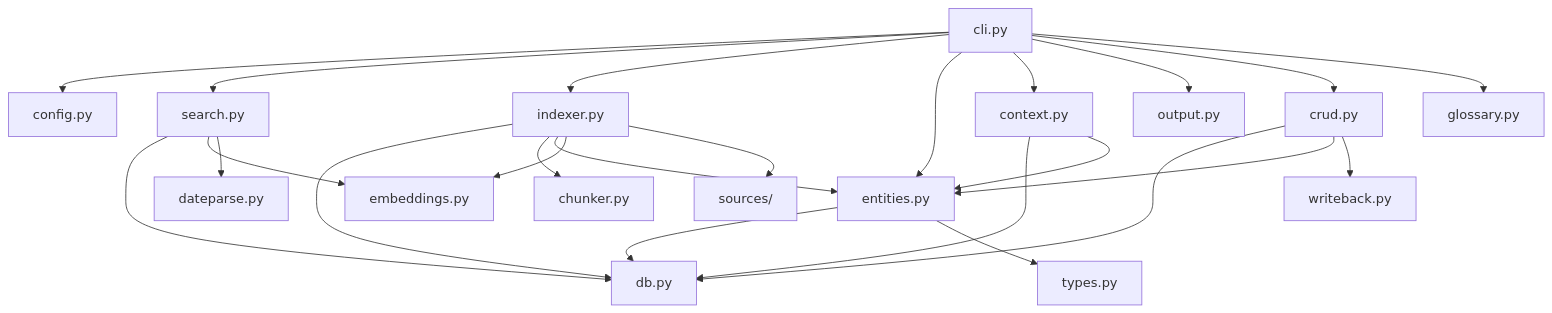
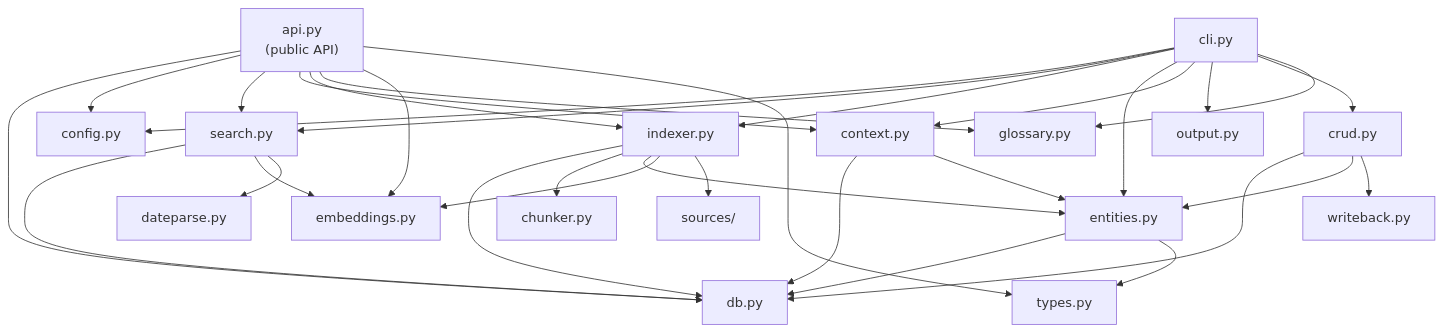
Before and after one commit to tenfourty/kbx: the third of 3 diagrams in docs/architecture.md, drawn with Mermaid. The commit also changed other lines of this file and 1 other file, not shown here.

First line of the commit message:
docs: add Python API to architecture and testing docs (#5)

````diff
--- a/docs/architecture.md
+++ b/docs/architecture.md
@@ -213,48 +233,58 @@
 ```mermaid
 graph TD
+    api["api.py<br/>(public API)"]
     cli["cli.py"]
     config["config.py"]
     search["search.py"]
     indexer["indexer.py"]
     entities["entities.py"]
     context["context.py"]
     output["output.py"]
     crud["crud.py"]
     glossary["glossary.py"]
     db["db.py"]
     chunker["chunker.py"]
     embeddings["embeddings.py"]
     types["types.py"]
     dateparse["dateparse.py"]
     writeback["writeback.py"]
     sources["sources/"]
+
+    api --> db
+    api --> config
+    api --> search
+    api --> context
+    api --> indexer
+    api --> glossary
+    api --> embeddings
+    api --> types
 
     cli --> config
     cli --> search
     cli --> indexer
     cli --> entities
     cli --> context
     cli --> output
     cli --> crud
     cli --> glossary
 
     indexer --> db
     indexer --> chunker
     indexer --> entities
     indexer --> embeddings
     indexer --> sources
 
     search --> db
     search --> embeddings
     search --> dateparse
 
     entities --> db
     entities --> types
 
     crud --> db
     crud --> entities
     crud --> writeback
 
     context --> db
     context --> entities
 ```
````
